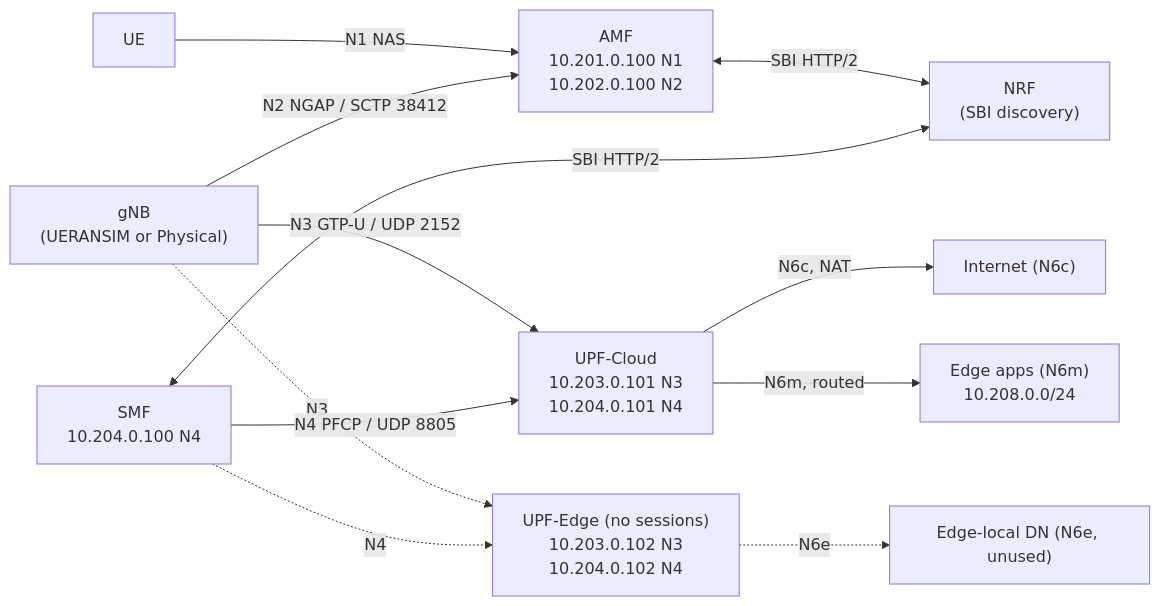
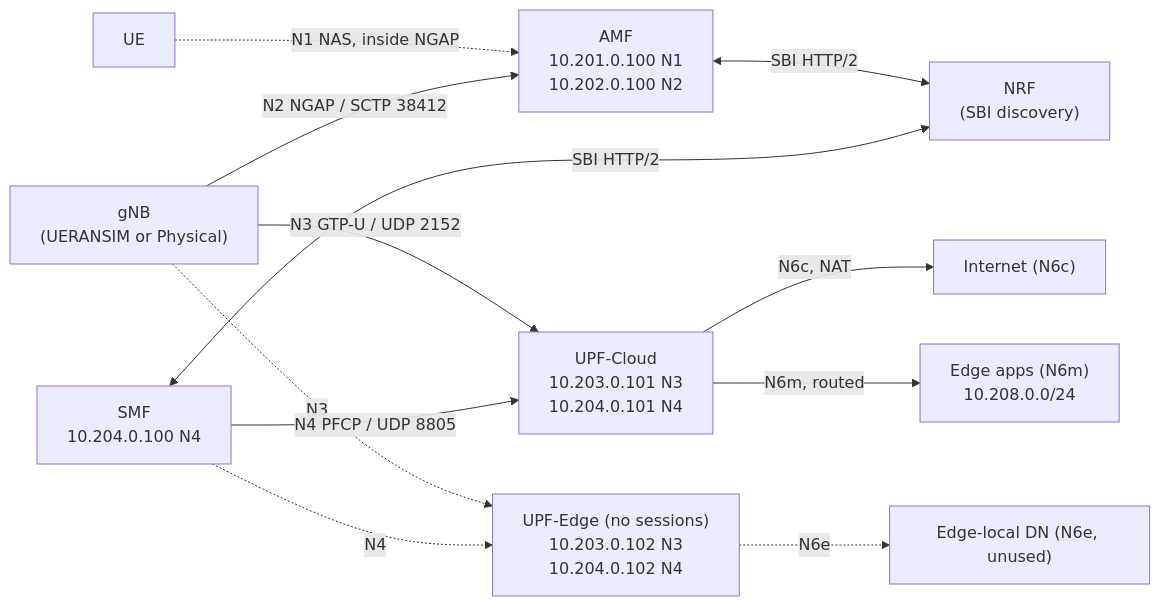
The diagram in docs/architecture/5g-interfaces.md (Jacobbista/kelt), drawn with Mermaid before and after one commit. The commit also changed other lines of this file, not shown here.

Commit message:
docs(architecture): N1 is a logical reference point; the N1 overlay carries no traffic

````diff
--- a/docs/architecture/5g-interfaces.md
+++ b/docs/architecture/5g-interfaces.md
@@ -27,35 +27,35 @@
 ```mermaid
 graph LR
     UE["UE"]
     GNB["gNB
     (UERANSIM or Physical)"]
     AMF["AMF
     10.201.0.100 N1
     10.202.0.100 N2"]
     SMF["SMF
     10.204.0.100 N4"]
     UPF_C["UPF-Cloud
     10.203.0.101 N3
     10.204.0.101 N4"]
     UPF_E["UPF-Edge (no sessions)
     10.203.0.102 N3
     10.204.0.102 N4"]
     DN_C["Internet (N6c)"]
     DN_M["Edge apps (N6m)
     10.208.0.0/24"]
     DN_E["Edge-local DN (N6e, unused)"]
     NRF["NRF
     (SBI discovery)"]
 
-    UE -->|"N1 NAS"| AMF
+    UE -.->|"N1 NAS, inside NGAP"| AMF
     GNB -->|"N2 NGAP / SCTP 38412"| AMF
     GNB -->|"N3 GTP-U / UDP 2152"| UPF_C
     GNB -.->|"N3"| UPF_E
     SMF -->|"N4 PFCP / UDP 8805"| UPF_C
     SMF -.->|"N4"| UPF_E
     UPF_C -->|"N6c, NAT"| DN_C
     UPF_C -->|"N6m, routed"| DN_M
     UPF_E -.->|"N6e"| DN_E
     AMF <-->|"SBI HTTP/2"| NRF
     SMF <-->|"SBI HTTP/2"| NRF
 ```
````
